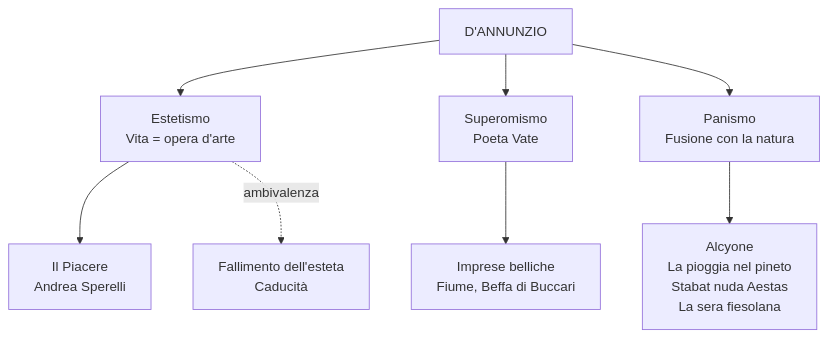
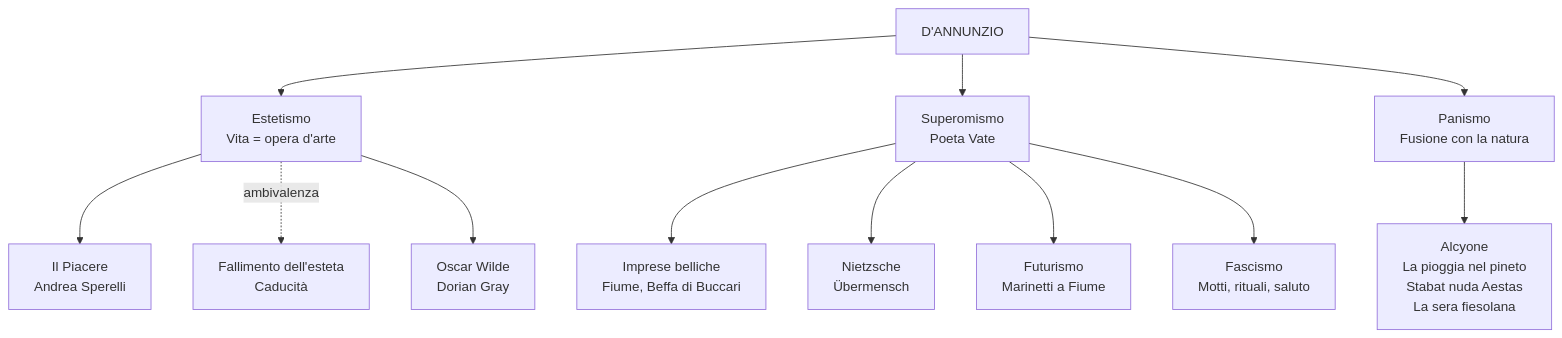
One commit to riccardo-algorime/appunti-5Bsa changed the second of 2 diagrams in italiano/dannunzio/riassunto.md. Above: the diagram before and after it, drawn with Mermaid. The commit also changed other lines of this file and 7 other files, not shown here.

````diff
--- a/italiano/dannunzio/riassunto.md
+++ b/italiano/dannunzio/riassunto.md
@@ -129,10 +208,14 @@
 ```mermaid
 flowchart TD
     A[D'ANNUNZIO] --> B[Estetismo<br/>Vita = opera d'arte]
     A --> C[Superomismo<br/>Poeta Vate]
     A --> D[Panismo<br/>Fusione con la natura]
     B --> E[Il Piacere<br/>Andrea Sperelli]
+    B -.->|ambivalenza| H[Fallimento dell'esteta<br/>Caducità]
     C --> F[Imprese belliche<br/>Fiume, Beffa di Buccari]
     D --> G[Alcyone<br/>La pioggia nel pineto<br/>Stabat nuda Aestas<br/>La sera fiesolana]
-    B -.->|ambivalenza| H[Fallimento dell'esteta<br/>Caducità]
+    B --> I[Oscar Wilde<br/>Dorian Gray]
+    C --> J[Nietzsche<br/>Übermensch]
+    C --> K[Futurismo<br/>Marinetti a Fiume]
+    C --> L[Fascismo<br/>Motti, rituali, saluto]
 ```
````
